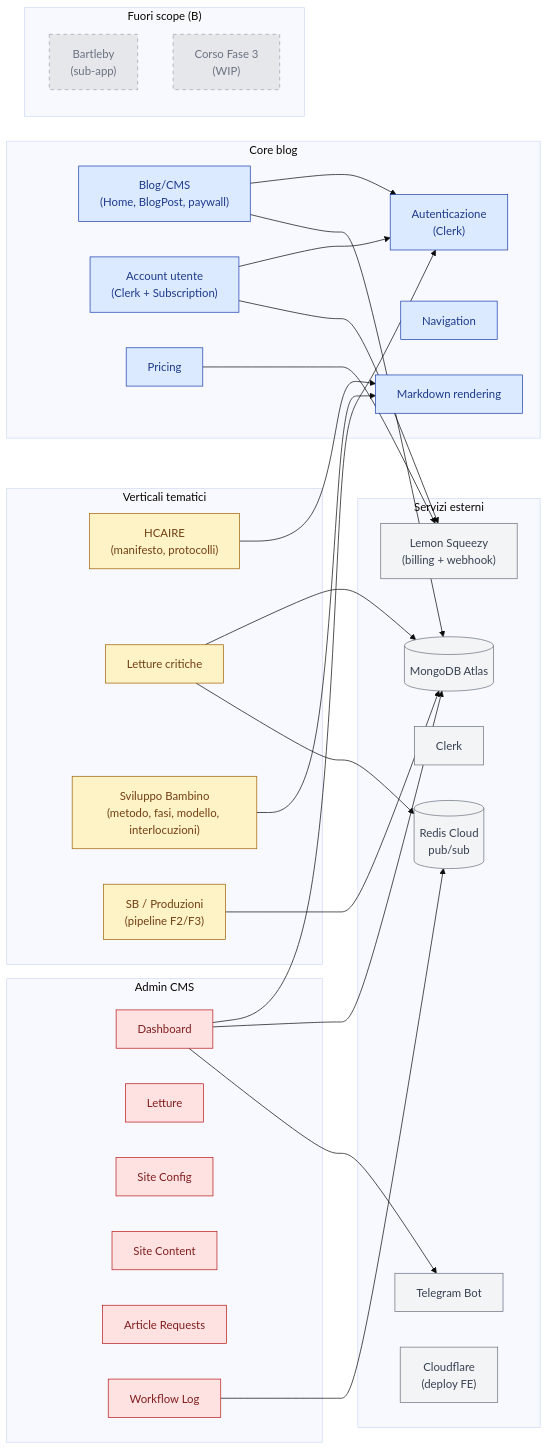
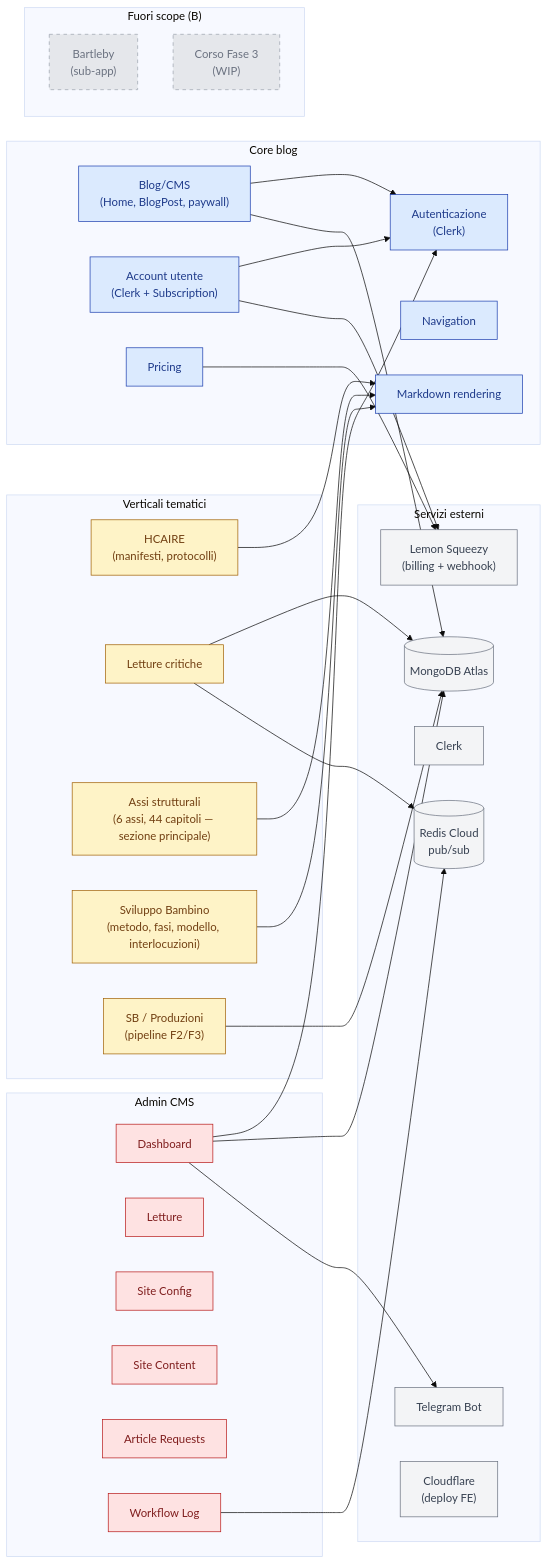
One commit to stfnbssl/hcaire-docs changed the diagram in docs/00-overview/mappa-moduli.md. Above: the diagram before and after it, drawn with Mermaid (base theme). The commit also changed other lines of this file and 9 other files, not shown here.

````diff
--- a/docs/00-overview/mappa-moduli.md
+++ b/docs/00-overview/mappa-moduli.md
@@ -10,62 +10,64 @@
 ```mermaid
 flowchart LR
   classDef core fill:#dbeafe,stroke:#1e40af,color:#1e3a8a
   classDef vertical fill:#fef3c7,stroke:#a16207,color:#713f12
   classDef admin fill:#fee2e2,stroke:#b91c1c,color:#7f1d1d
   classDef external fill:#f3f4f6,stroke:#6b7280,color:#374151
   classDef oos fill:#e5e7eb,stroke:#9ca3af,color:#6b7280,stroke-dasharray: 5 5
 
   subgraph CORE["Core blog"]
     Blog["Blog/CMS<br/>(Home, BlogPost, paywall)"]:::core
     Auth["Autenticazione<br/>(Clerk)"]:::core
     Nav["Navigation"]:::core
     Markdown["Markdown rendering"]:::core
     Account["Account utente<br/>(Clerk + Subscription)"]:::core
     Pricing["Pricing"]:::core
   end
 
   subgraph VERT["Verticali tematici"]
-    HCAIRE["HCAIRE<br/>(manifesto, protocolli)"]:::vertical
+    HCAIRE["HCAIRE<br/>(manifesti, protocolli)"]:::vertical
     Letture["Letture critiche"]:::vertical
+    Assi["Assi strutturali<br/>(6 assi, 44 capitoli — sezione principale)"]:::vertical
     SB["Sviluppo Bambino<br/>(metodo, fasi, modello, interlocuzioni)"]:::vertical
     SBProd["SB / Produzioni<br/>(pipeline F2/F3)"]:::vertical
   end
 
   subgraph ADMIN["Admin CMS"]
     AdminDash["Dashboard"]:::admin
     AdminLetture["Letture"]:::admin
     AdminSiteConfig["Site Config"]:::admin
     AdminSiteContent["Site Content"]:::admin
     AdminRequests["Article Requests"]:::admin
     Workflow["Workflow Log"]:::admin
   end
 
   subgraph EXT["Servizi esterni"]
     Mongo[("MongoDB Atlas")]:::external
     Redis[("Redis Cloud<br/>pub/sub")]:::external
     Clerk2["Clerk"]:::external
     LS["Lemon Squeezy<br/>(billing + webhook)"]:::external
     Telegram["Telegram Bot"]:::external
     CF["Cloudflare<br/>(deploy FE)"]:::external
   end
 
   subgraph OOS["Fuori scope (B)"]
     Bartleby["Bartleby<br/>(sub-app)"]:::oos
     CF3["Corso Fase 3<br/>(WIP)"]:::oos
   end
 
   Blog --> Auth
   Blog --> Mongo
   Account --> Auth
   Account --> LS
   Pricing --> LS
   HCAIRE --> Markdown
   Letture --> Mongo
   Letture --> Redis
+  Assi --> Markdown
   SB --> Markdown
   SBProd --> Mongo
   AdminDash --> Auth
   AdminDash --> Mongo
   Workflow --> Redis
   AdminDash --> Telegram
 ```
````
